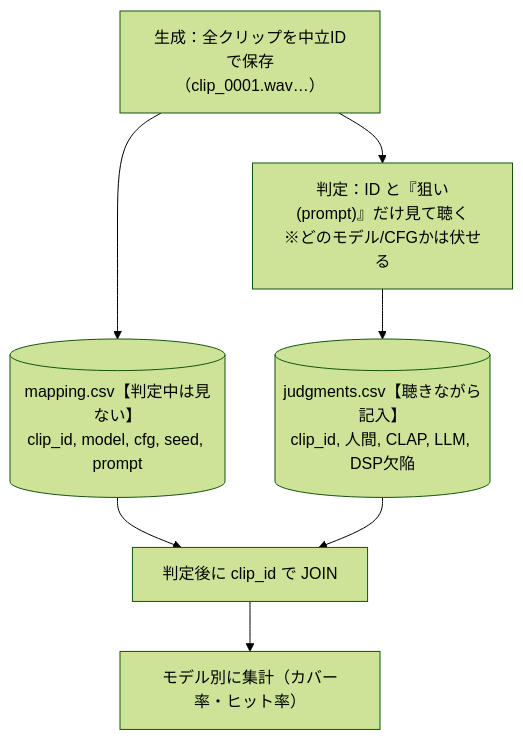
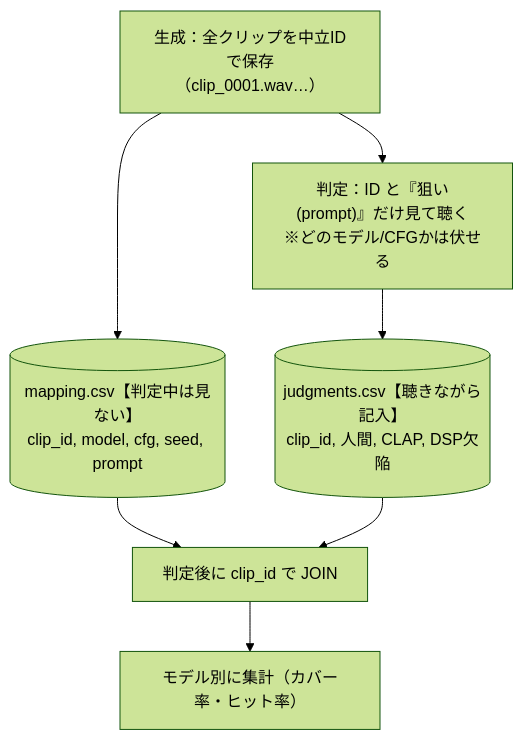
Before and after one commit to mgmaru/foley-forge-prototype: the fifth of 7 diagrams in docs/phases/phase0/README.md, drawn with Mermaid (forest theme). The commit also changed other lines of this file, not shown here.

First line of the commit message:
Phase 0 §5.4: L3（audio-LLM）を Phase 0 不採用に決定し全体を整合

````diff
--- a/docs/phases/phase0/README.md
+++ b/docs/phases/phase0/README.md
@@ -389,10 +387,10 @@
 ```mermaid
 flowchart TD
     GEN["生成：全クリップを中立IDで保存<br/>（clip_0001.wav…）"] --> MAP[("mapping.csv【判定中は見ない】<br/>clip_id, model, cfg, seed, prompt")]
     GEN --> JUDGE["判定：ID と『狙い(prompt)』だけ見て聴く<br/>※どのモデル/CFGかは伏せる"]
-    JUDGE --> JDG[("judgments.csv【聴きながら記入】<br/>clip_id, 人間, CLAP, LLM, DSP欠陥")]
+    JUDGE --> JDG[("judgments.csv【聴きながら記入】<br/>clip_id, 人間, CLAP, DSP欠陥")]
     MAP --> JOIN["判定後に clip_id で JOIN"]
     JDG --> JOIN
     JOIN --> STAT["モデル別に集計（カバー率・ヒット率）"]
     classDef f fill:#dbeafe,stroke:#2563eb,color:#000
 ```
````
